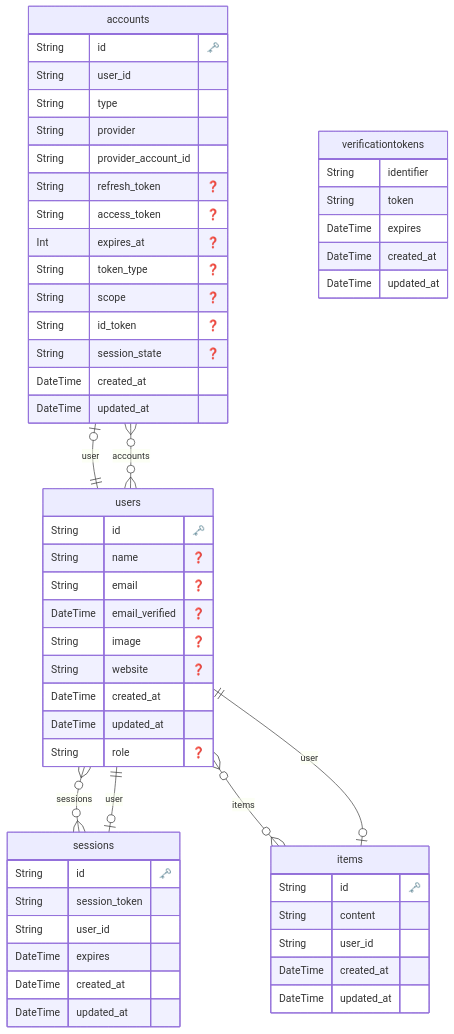
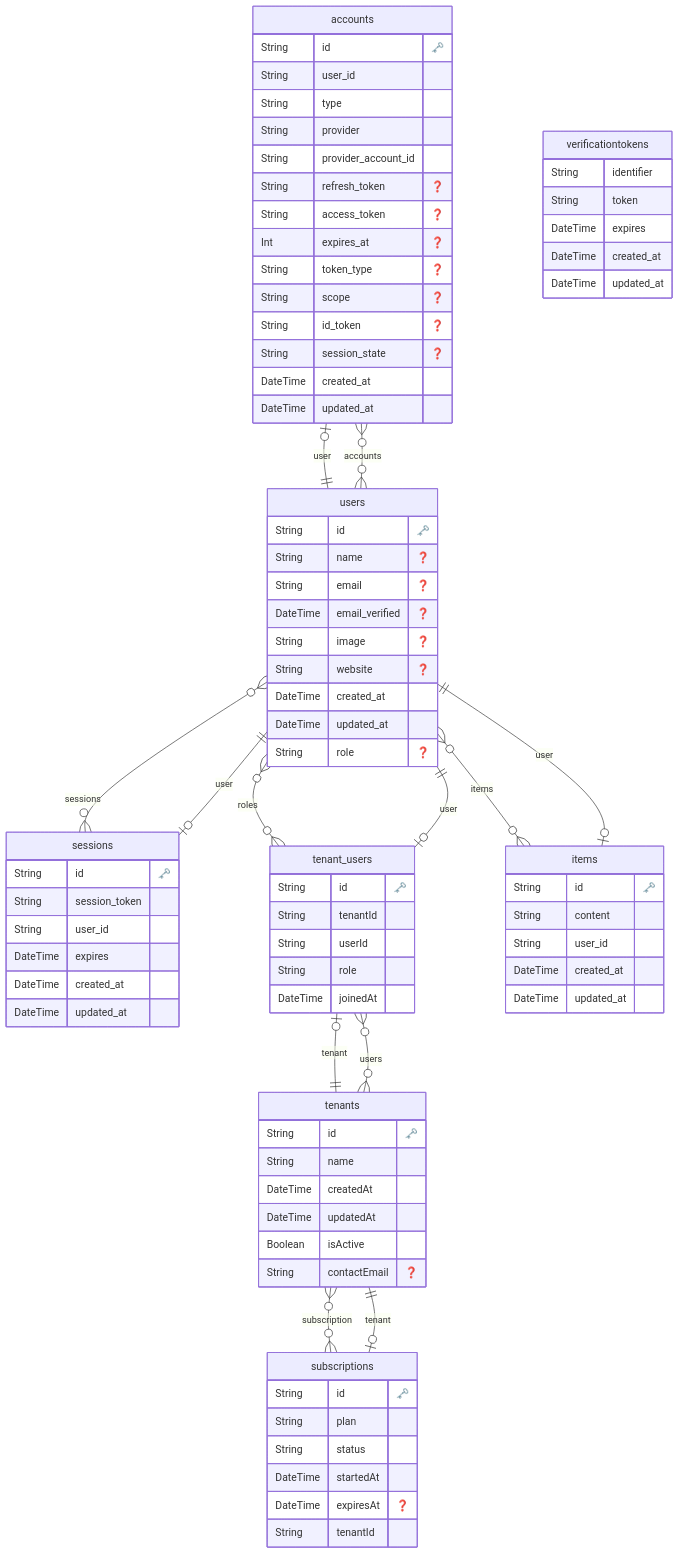
One commit to Remicck/multi-tenant-sample changed the diagram in prisma/ERD.md. Above: the diagram before and after it, drawn with Mermaid. The commit also changed 2 other files, not shown here.

Commit message:
tenantとsubscriptionを追加したモデルを追加

````diff
--- a/prisma/ERD.md
+++ b/prisma/ERD.md
@@ -42,6 +42,35 @@
     }
 
 
+  "tenants" {
+    String id "🗝️"
+    String name
+    DateTime createdAt
+    DateTime updatedAt
+    Boolean isActive
+    String contactEmail "❓"
+    }
+
+
+  "tenant_users" {
+    String id "🗝️"
+    String tenantId
+    String userId
+    String role
+    DateTime joinedAt
+    }
+
+
+  "subscriptions" {
+    String id "🗝️"
+    String plan
+    String status
+    DateTime startedAt
+    DateTime expiresAt "❓"
+    String tenantId
+    }
+
+
   "verificationtokens" {
     String identifier
     String token
@@ -64,5 +93,11 @@
     "users" o{--}o "accounts" : "accounts"
     "users" o{--}o "sessions" : "sessions"
     "users" o{--}o "items" : "items"
+    "users" o{--}o "tenant_users" : "roles"
+    "tenants" o{--}o "subscriptions" : "subscription"
+    "tenants" o{--}o "tenant_users" : "users"
+    "tenant_users" o|--|| "tenants" : "tenant"
+    "tenant_users" o|--|| "users" : "user"
+    "subscriptions" o|--|| "tenants" : "tenant"
     "items" o|--|| "users" : "user"
 ```
````
